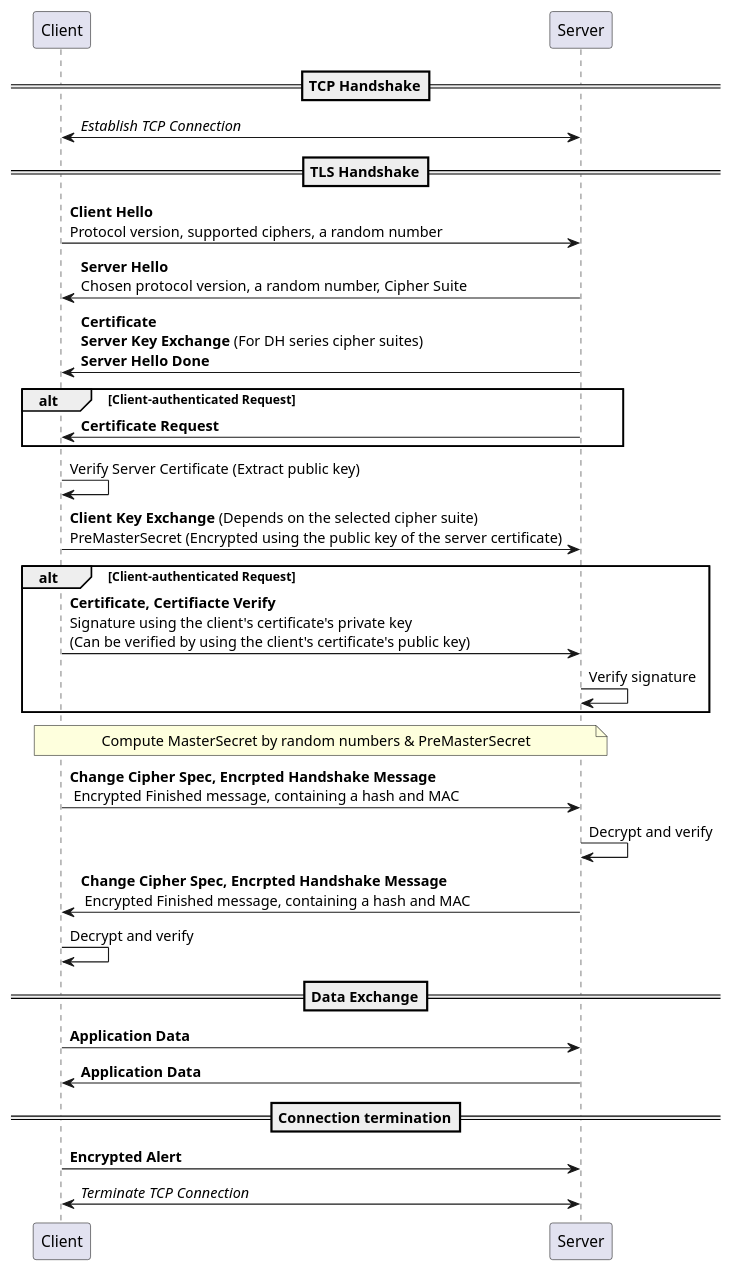
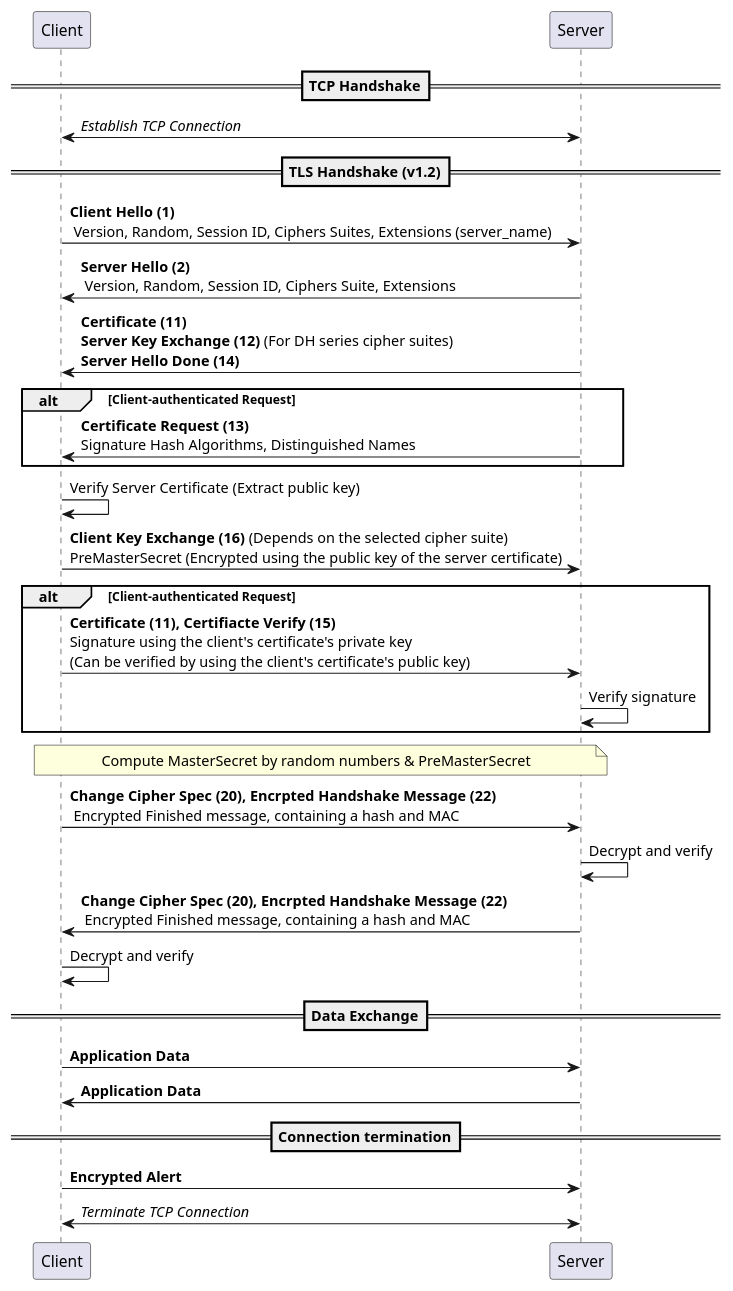
The diagram in http/https-flow.plantuml (yidas/web-service-protocols), drawn with PlantUML before and after one commit.

```diff
--- a/http/https-flow.plantuml
+++ b/http/https-flow.plantuml
@@ -1,30 +1,30 @@
 @startuml
 participant "Client" as c
 participant "Server" as s
 ==TCP Handshake==
 c<->s: //Establish TCP Connection//
-==TLS Handshake==
-c->s: **Client Hello**\nProtocol version, supported ciphers, a random number
-s->c: **Server Hello**\nChosen protocol version, a random number, Cipher Suite
-s->c: **Certificate**\n**Server Key Exchange** (For DH series cipher suites)\n**Server Hello Done**
+==TLS Handshake (v1.2)==
+c->s: **Client Hello (1)**\n Version, Random, Session ID, Ciphers Suites, Extensions (server_name)
+s->c: **Server Hello (2)**\n Version, Random, Session ID, Ciphers Suite, Extensions
+s->c: **Certificate (11)**\n**Server Key Exchange (12)** (For DH series cipher suites)\n**Server Hello Done (14)**
 alt Client-authenticated Request
-s->c: **Certificate Request**
+s->c: **Certificate Request (13)** \nSignature Hash Algorithms, Distinguished Names
 end
 c->c: Verify Server Certificate (Extract public key)
-c->s: **Client Key Exchange** (Depends on the selected cipher suite)\nPreMasterSecret (Encrypted using the public key of the server certificate)
+c->s: **Client Key Exchange (16)** (Depends on the selected cipher suite)\nPreMasterSecret (Encrypted using the public key of the server certificate)
 alt Client-authenticated Request
-c->s: **Certificate, Certifiacte Verify**\nSignature using the client's certificate's private key\n(Can be verified by using the client's certificate's public key)
+c->s: **Certificate (11), Certifiacte Verify (15)**\nSignature using the client's certificate's private key\n(Can be verified by using the client's certificate's public key)
 s->s: Verify signature
 end
 note over c, s: Compute MasterSecret by random numbers & PreMasterSecret
-c->s: **Change Cipher Spec, Encrpted Handshake Message**\n Encrypted Finished message, containing a hash and MAC
+c->s: **Change Cipher Spec (20), Encrpted Handshake Message (22)**\n Encrypted Finished message, containing a hash and MAC
 s->s: Decrypt and verify
-s->c: **Change Cipher Spec, Encrpted Handshake Message**\n Encrypted Finished message, containing a hash and MAC
+s->c: **Change Cipher Spec (20), Encrpted Handshake Message (22)**\n Encrypted Finished message, containing a hash and MAC
 c->c: Decrypt and verify
 ==Data Exchange==
 c->s: **Application Data**
 s->c: **Application Data**
 ==Connection termination==
 c->s: **Encrypted Alert**
 c<->s: //Terminate TCP Connection//
 @enduml
```
